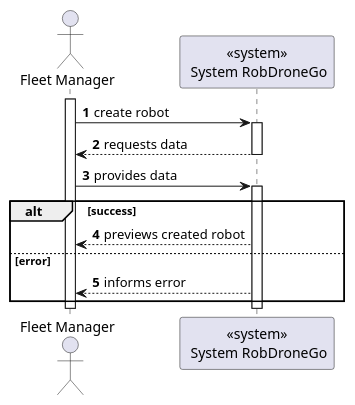
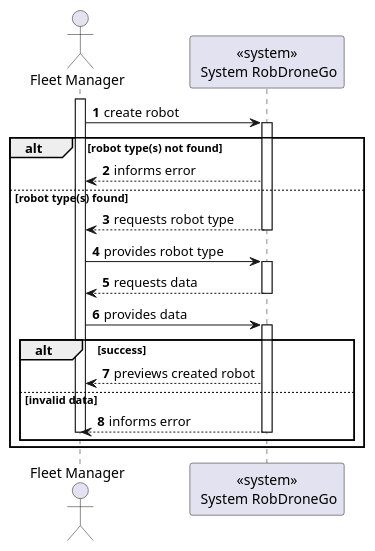
One commit to Departamento-de-Engenharia-Informatica/lapr5-23-24-g19 changed the diagram in docs/us1010/level1/process-view.puml. Above: the diagram before and after it, drawn with PlantUML. The commit also changed 5 other files, not shown here.

```diff
--- a/docs/us1010/level1/process-view.puml
+++ b/docs/us1010/level1/process-view.puml
@@ -1,24 +1,33 @@
 @startuml
 autonumber
 
 actor "Fleet Manager" as usr
 
 participant "<<system>>\n System RobDroneGo" as sys
 
 activate usr
     usr -> sys : create robot
     activate sys
+    alt robot type(s) not found
+        sys --> usr : informs error
+    else robot type(s) found
+        sys --> usr : requests robot type
+    deactivate sys
+
+    usr -> sys : provides robot type
+    activate sys
         sys --> usr : requests data
     deactivate sys
 
     usr -> sys : provides data
     activate sys
     alt success
         sys --> usr : previews created robot
-    else error
+    else invalid data
         sys --> usr : informs error
-    end
     deactivate sys
 deactivate usr
+end
+end
 
 @enduml
```
